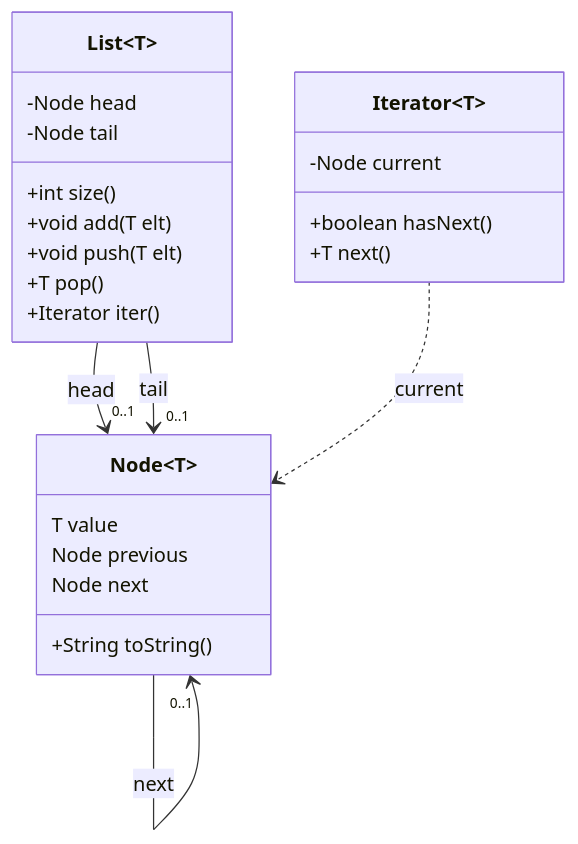
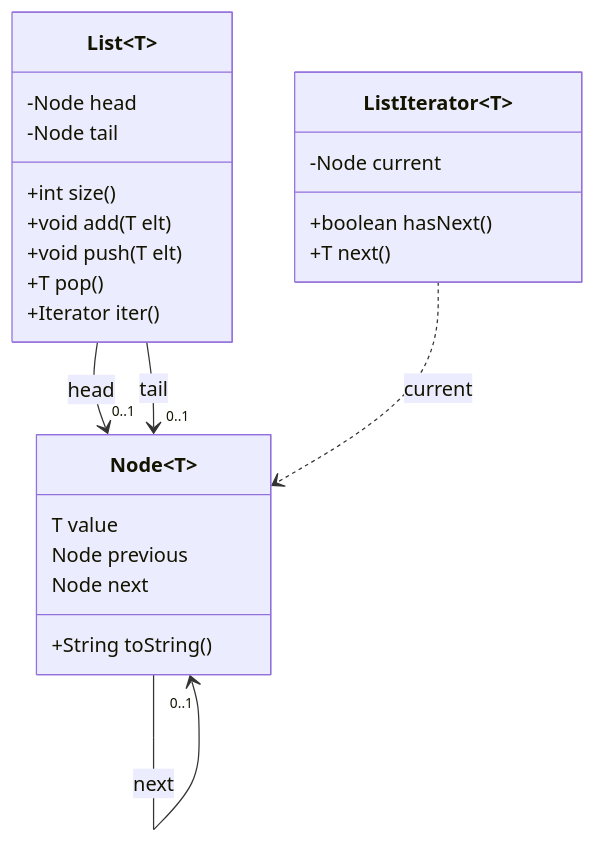
One commit to nbeney/codebar-java-data-structures changed the first of 6 diagrams in README.md. Above: the diagram before and after it, drawn with Mermaid.

````diff
--- a/README.md
+++ b/README.md
@@ -5,33 +5,33 @@
 ```mermaid
 classDiagram
     class Node["Node&lt;T&gt;"] {
         T value
         Node previous
         Node next
         +String toString()
     }
 
     Node --> "0..1" Node : previous
     Node --> "0..1" Node : next
 
     class List["List&lt;T&gt;"] {
         -Node head
         -Node tail
         +int size()
         +void add(T elt)
         +void push(T elt)
         +T pop()
         +Iterator iter()
     }
 
     List --> "0..1" Node : head
     List --> "0..1" Node : tail
 
-    class Iterator["Iterator&lt;T&gt;"] {
+    class ListIterator["ListIterator&lt;T&gt;"] {
         -Node current
         +boolean hasNext()
         +T next()
     }
 
-    Iterator ..> Node : current
+    ListIterator ..> Node : current
 ```
````
